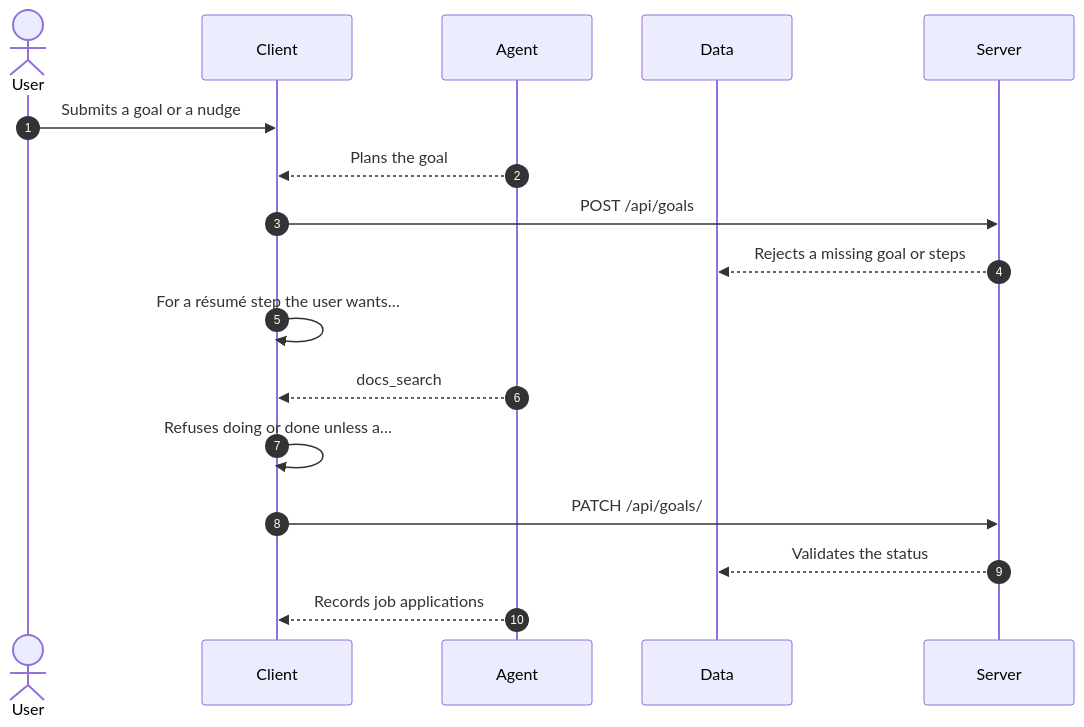
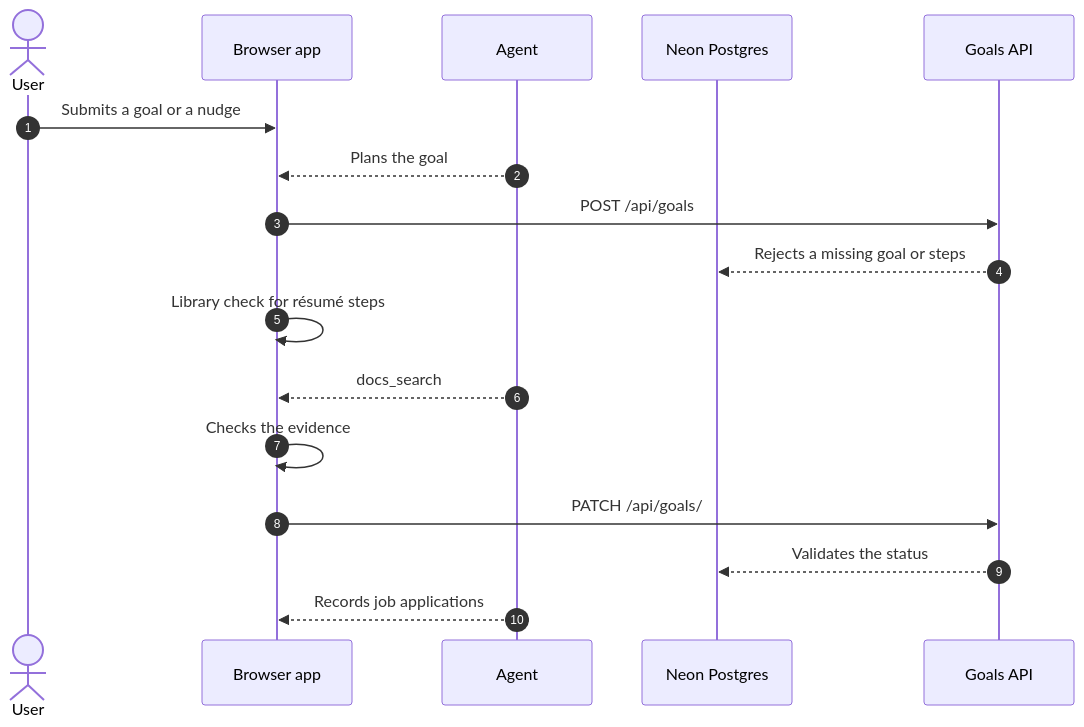
The diagram in docs/architecture/workflows/goal-step-progress.md (lngsa1234/mini-muse-mvp), drawn with Mermaid before and after one commit. The commit also changed other lines of this file and 23 other files, not shown here.

````diff
--- a/docs/architecture/workflows/goal-step-progress.md
+++ b/docs/architecture/workflows/goal-step-progress.md
@@ -15,19 +15,19 @@
 ```mermaid
 sequenceDiagram
   autonumber
   actor user as User
-  participant client as Client
+  participant client as Browser app
   participant agent as Agent
-  participant data as Data
-  participant server as Server
+  participant data as Neon Postgres
+  participant server as Goals API
   user->>client: Submits a goal or a nudge
   agent-->>client: Plans the goal
   client->>server: POST /api/goals
   server-->>data: Rejects a missing goal or steps
-  client->>client: For a résumé step the user wants…
+  client->>client: Library check for résumé steps
   agent-->>client: docs_search
-  client->>client: Refuses doing or done unless a…
+  client->>client: Checks the evidence
   client->>server: PATCH /api/goals/
   server-->>data: Validates the status
   agent-->>client: Records job applications
 ```
````
